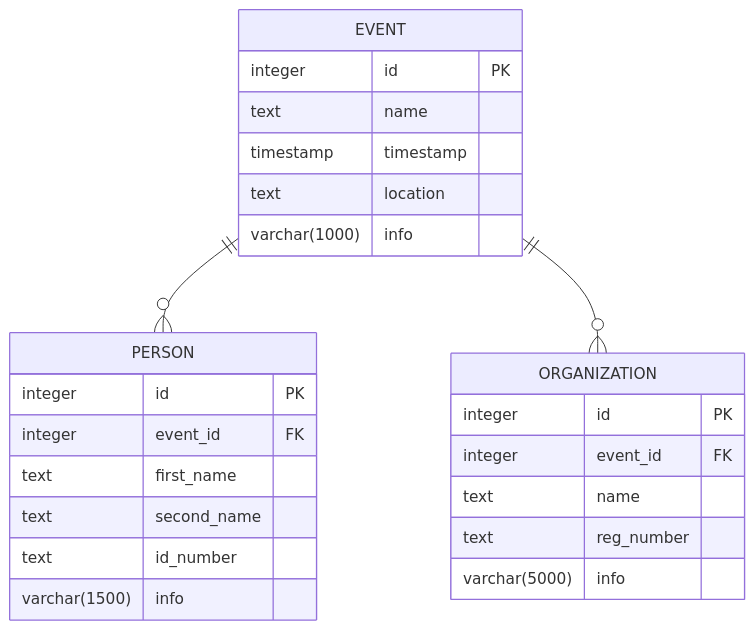
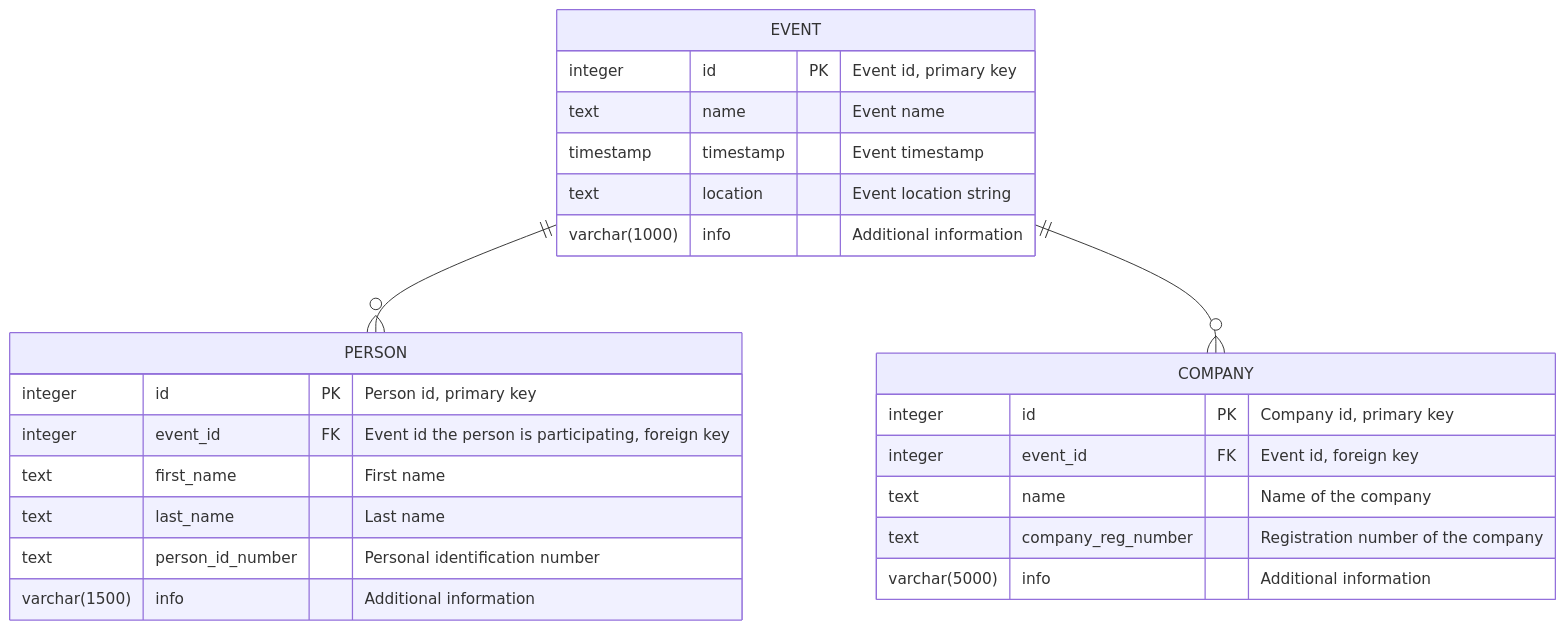
Before and after one commit to kongaskristjan/EventBooking: the diagram in README.md, drawn with Mermaid.

Commit message:
Improve diagram

````diff
--- a/README.md
+++ b/README.md
@@ -5,28 +5,28 @@
 ```mermaid
 erDiagram
 
     EVENT {
-        integer id PK
-        text name
-        timestamp timestamp
-        text location
-        varchar(1000) info
+        integer id PK "Event id, primary key"
+        text name "Event name"
+        timestamp timestamp "Event timestamp"
+        text location "Event location string"
+        varchar(1000) info "Additional information"
     }
     PERSON {
-        integer id PK
-        integer event_id FK
-        text first_name
-        text second_name
-        text id_number
-        varchar(1500) info
+        integer id PK "Person id, primary key"
+        integer event_id FK "Event id the person is participating, foreign key"
+        text first_name "First name"
+        text last_name "Last name"
+        text person_id_number "Personal identification number"
+        varchar(1500) info "Additional information"
     }
-    ORGANIZATION {
-        integer id PK
-        integer event_id FK
-        text name
-        text reg_number
-        varchar(5000) info
+    COMPANY {
+        integer id PK "Company id, primary key"
+        integer event_id FK "Event id, foreign key"
+        text name "Name of the company"
+        text company_reg_number "Registration number of the company"
+        varchar(5000) info "Additional information"
     }
     EVENT ||--o{ PERSON : ""
-    EVENT ||--o{ ORGANIZATION : ""
+    EVENT ||--o{ COMPANY : ""
 ```
````
